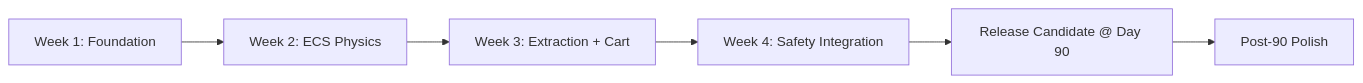
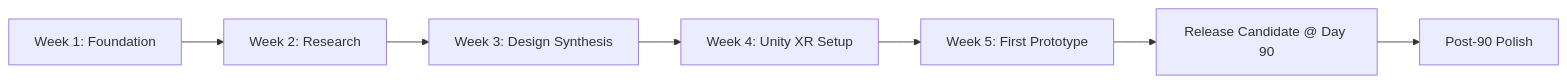
Before and after one commit to thatGuyPdeep/quartz: the first of 3 diagrams in docs/00_Home/Project_Dashboard.md, drawn with Mermaid. The commit also changed other lines of this file and 4 other files, not shown here.

````diff
--- a/docs/00_Home/Project_Dashboard.md
+++ b/docs/00_Home/Project_Dashboard.md
@@ -24,8 +24,9 @@
 ```mermaid
 graph LR
-  W1[Week 1: Foundation] --> W2[Week 2: ECS Physics]
-  W2 --> W3[Week 3: Extraction + Cart]
-  W3 --> W4[Week 4: Safety Integration]
-  W4 --> R[Release Candidate @ Day 90]
+  W1[Week 1: Foundation] --> W2[Week 2: Research]
+  W2 --> W3[Week 3: Design Synthesis]
+  W3 --> W4[Week 4: Unity XR Setup]
+  W4 --> W5[Week 5: First Prototype]
+  W5 --> R[Release Candidate @ Day 90]
   R --> P[Post-90 Polish]
 ```
````
